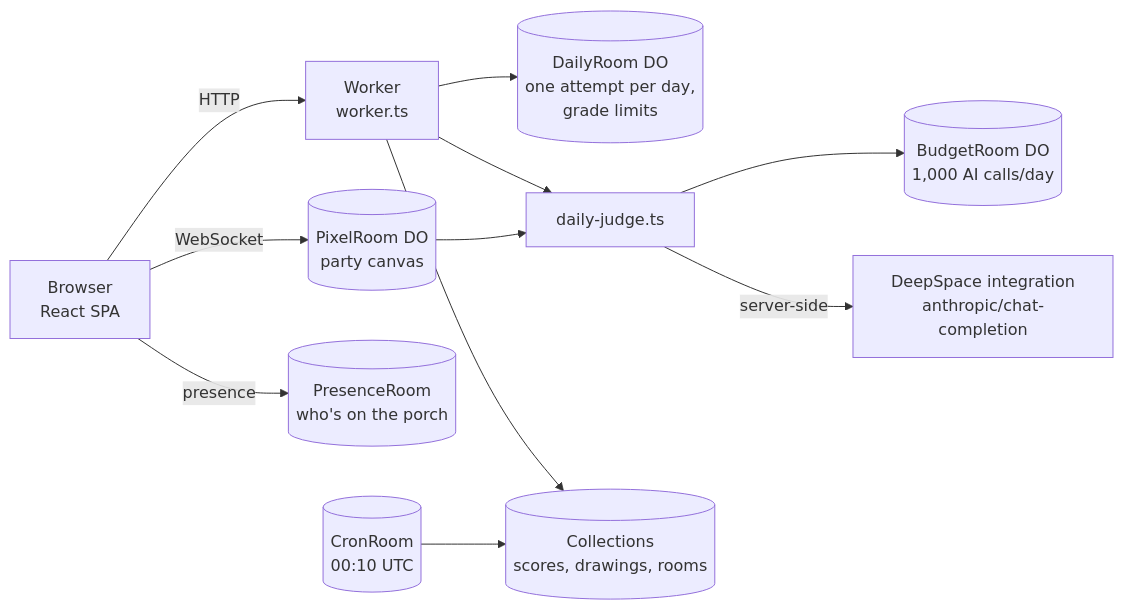
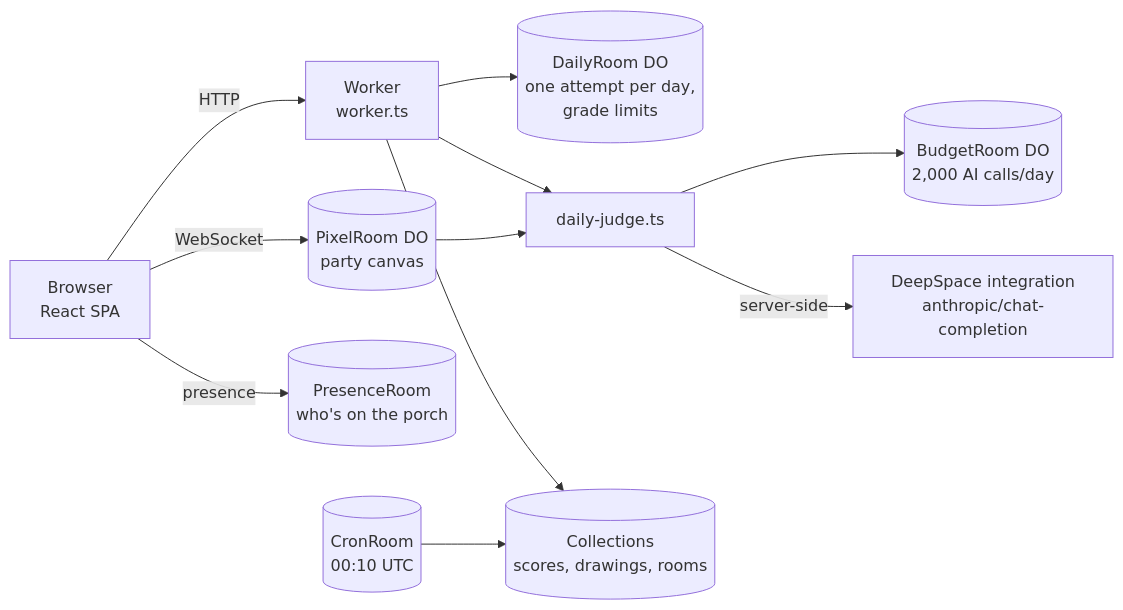
One commit to HeWillCook/pixel-party changed the diagram in README.md. Above: the diagram before and after it, drawn with Mermaid. The commit also changed 5 other files, not shown here.

````diff
--- a/README.md
+++ b/README.md
@@ -47,13 +47,13 @@
 ```mermaid
 flowchart LR
   B[Browser<br/>React SPA] -- HTTP --> W[Worker<br/>worker.ts]
   B -- WebSocket --> PR[(PixelRoom DO<br/>party canvas)]
   B -- presence --> PZ[(PresenceRoom<br/>who's on the porch)]
   W --> DR[(DailyRoom DO<br/>one attempt per day,<br/>grade limits)]
   W --> J[daily-judge.ts]
   PR --> J
-  J --> BR[(BudgetRoom DO<br/>1,000 AI calls/day)]
+  J --> BR[(BudgetRoom DO<br/>2,000 AI calls/day)]
   J -- server-side --> AI[DeepSpace integration<br/>anthropic/chat-completion]
   W --> RC[(Collections<br/>scores, drawings, rooms)]
   CR[(CronRoom<br/>00:10 UTC)] --> RC
 ```
````
